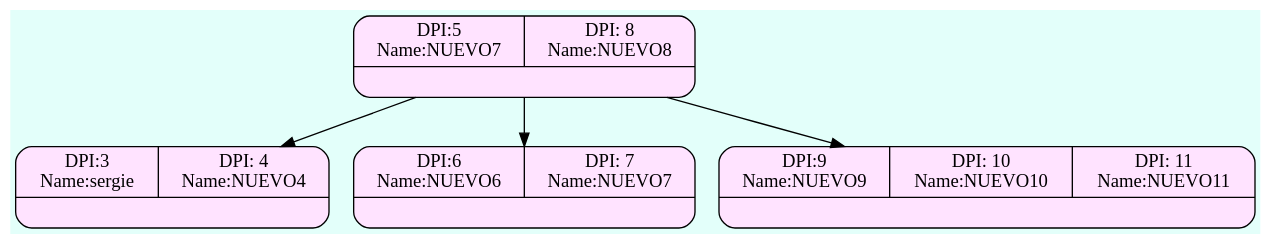
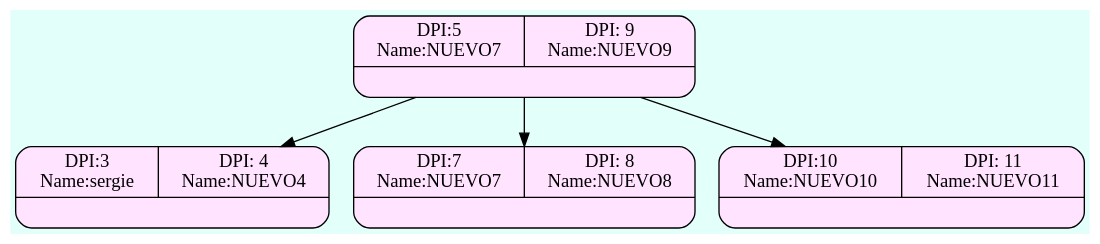
Before and after one commit to Serch-ING/EDD_UDRAWING_202000119: the diagram in FASE 2/Grafico/Admin_Btree_Clients.dot, drawn with Graphviz. The commit also changed 2 other files, not shown here.

```diff
--- a/FASE 2/Grafico/Admin_Btree_Clients.dot
+++ b/FASE 2/Grafico/Admin_Btree_Clients.dot
@@ -1,12 +1,12 @@
 digraph structs {
   bgcolor = "#E3FFFA"
  node [shape=Mrecord fillcolor="#FFE3FF" style =filled];
-struct807732867[label="{{DPI:5\nName:NUEVO7|DPI: 8\nName:NUEVO8}|<here>}"];
-struct2047419181[label="{{DPI:3\nName:sergie|DPI: 4\nName:NUEVO4}|<here>}"];
-struct1317354192[label="{{DPI:6\nName:NUEVO6|DPI: 7\nName:NUEVO7}|<here>}"];
-struct14133247[label="{{DPI:9\nName:NUEVO9|DPI: 10\nName:NUEVO10|DPI: 11\nName:NUEVO11}|<here>}"];
+struct1383990012[label="{{DPI:5\nName:NUEVO7|DPI: 9\nName:NUEVO9}|<here>}"];
+struct273113860[label="{{DPI:3\nName:sergie|DPI: 4\nName:NUEVO4}|<here>}"];
+struct1243362011[label="{{DPI:7\nName:NUEVO7|DPI: 8\nName:NUEVO8}|<here>}"];
+struct773669930[label="{{DPI:10\nName:NUEVO10|DPI: 11\nName:NUEVO11}|<here>}"];
 
-struct807732867->struct2047419181;
-struct807732867->struct1317354192;
-struct807732867->struct14133247;
+struct1383990012->struct273113860;
+struct1383990012->struct1243362011;
+struct1383990012->struct773669930;
 }
```
